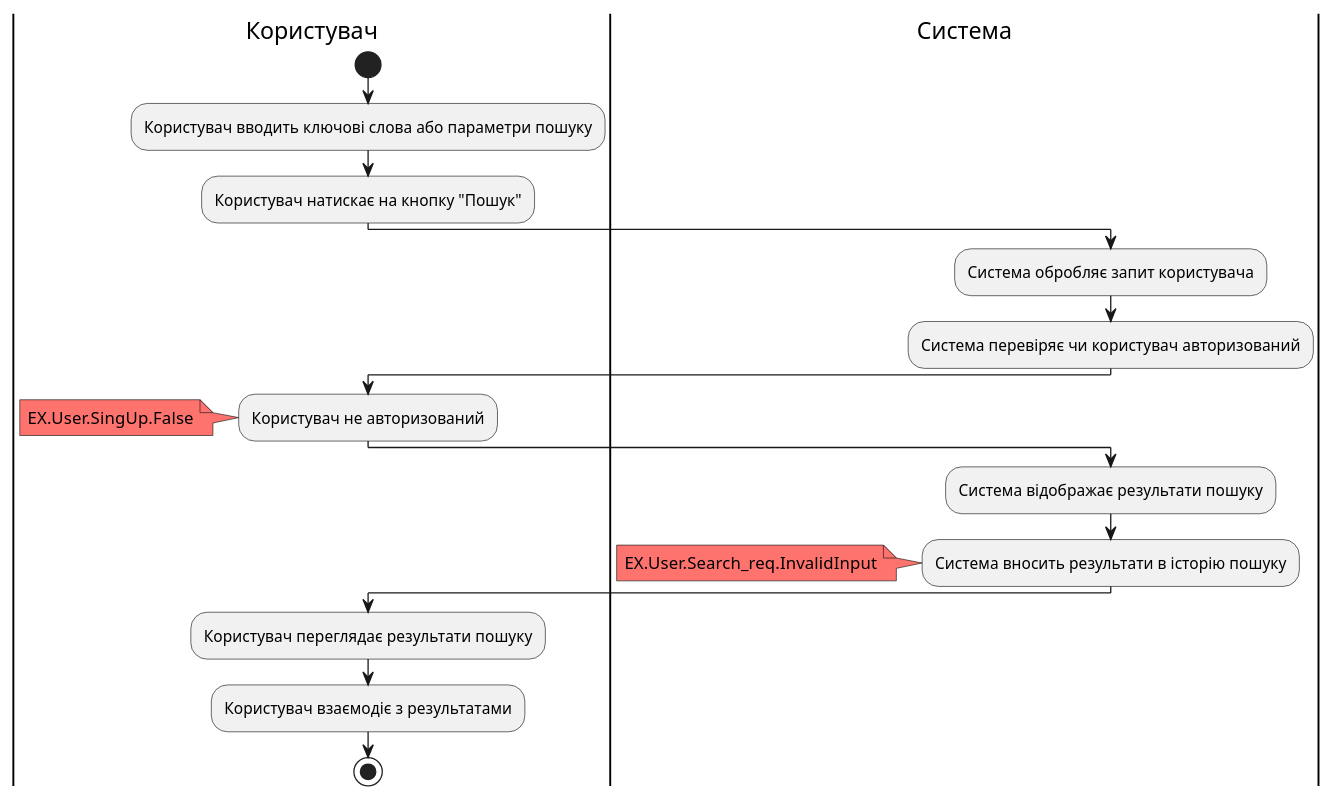
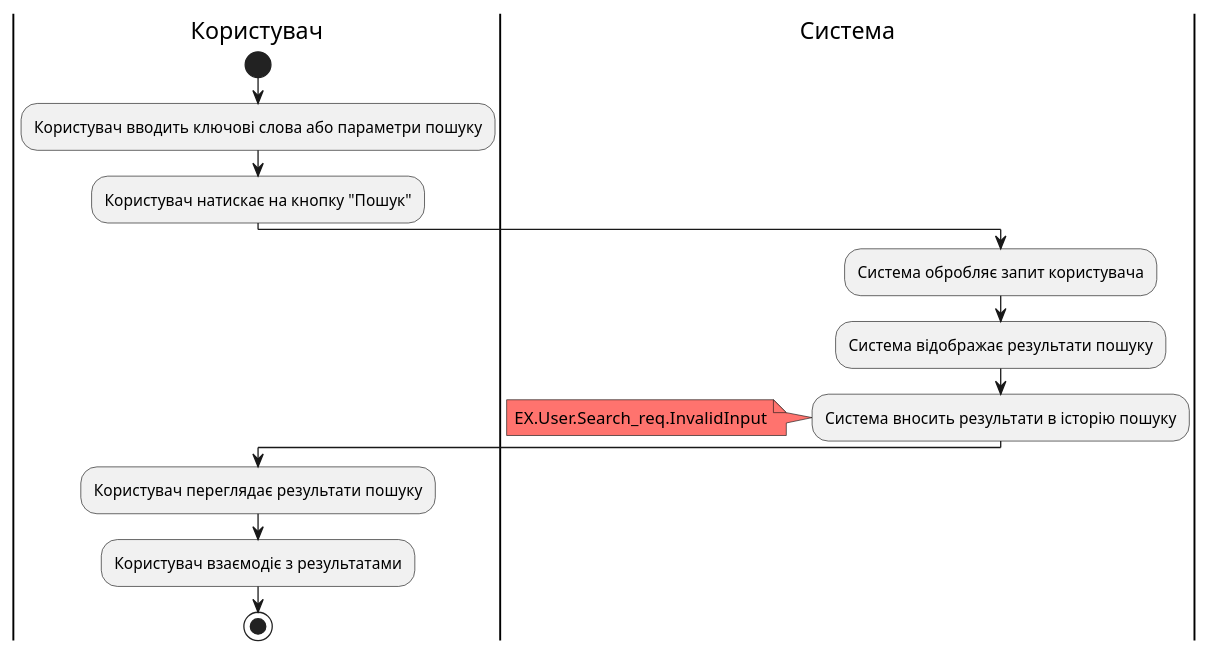
The sixth of 10 diagrams in docs/use cases/README.md (nonGratis/retarder-io-23-3), drawn with PlantUML before and after one commit. The commit also changed other lines of this file, not shown here.

````diff
--- a/docs/use cases/README.md
+++ b/docs/use cases/README.md
@@ -212,27 +212,19 @@
 ```plantuml
 @startuml
 |Користувач|
     start
     :Користувач вводить ключові слова або параметри пошуку;
     :Користувач натискає на кнопку "Пошук";
 |Система|
     :Система обробляє запит користувача;
-    :Система перевіряє чи користувач авторизований;
-|Користувач|
-    :Користувач не авторизований;
-    note left #FF736E
-        EX.User.SingUp.False
-    end note
-    
-|Система|
     :Система відображає результати пошуку;
     :Система вносить результати в історію пошуку;
     note left #FF736E
     EX.User.Search_req.InvalidInput
     end note
 |Користувач|
     :Користувач переглядає результати пошуку;
     :Користувач взаємодіє з результатами;
     stop;
 @enduml
 ```
````
